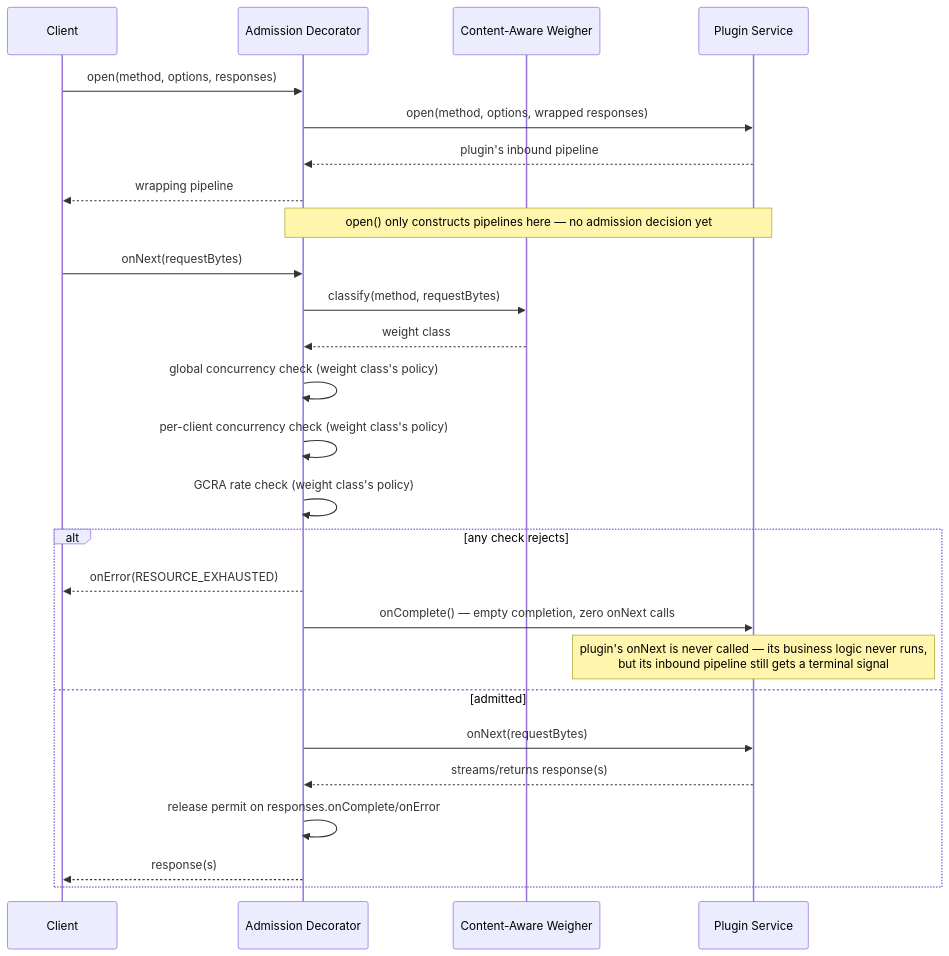
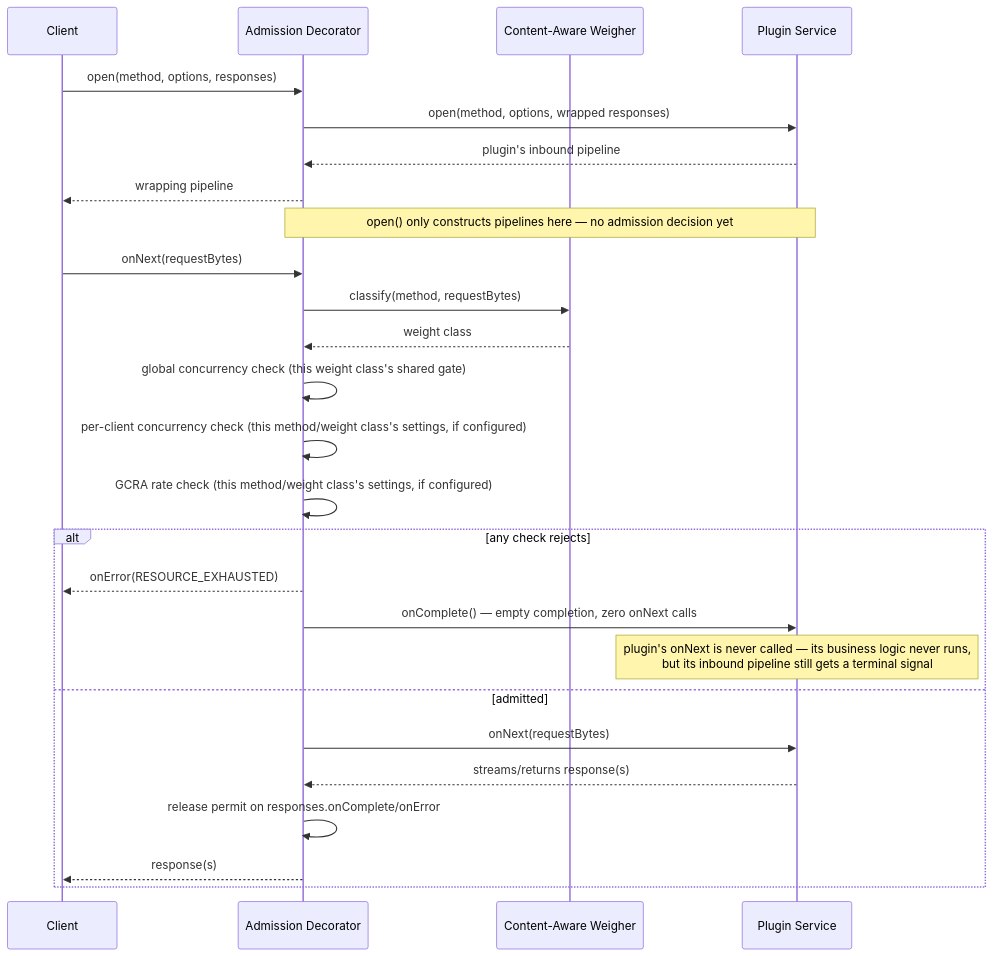
The second of 3 diagrams in docs/design/apis/api-throttling.md (hiero-ledger/hiero-block-node), drawn with Mermaid before and after one commit. The commit also changed other lines of this file, not shown here.

````diff
--- a/docs/design/apis/api-throttling.md
+++ b/docs/design/apis/api-throttling.md
@@ -442,30 +492,30 @@
 ```mermaid
 sequenceDiagram
     participant C as Client
     participant D as Admission Decorator
     participant W as Content-Aware Weigher
     participant P as Plugin Service
 
     C->>D: open(method, options, responses)
     D->>P: open(method, options, wrapped responses)
     P-->>D: plugin's inbound pipeline
     D-->>C: wrapping pipeline
     Note over D,P: open() only constructs pipelines here — no admission decision yet
 
     C->>D: onNext(requestBytes)
     D->>W: classify(method, requestBytes)
     W-->>D: weight class
-    D->>D: global concurrency check (weight class's policy)
-    D->>D: per-client concurrency check (weight class's policy)
-    D->>D: GCRA rate check (weight class's policy)
+    D->>D: global concurrency check (this weight class's shared gate)
+    D->>D: per-client concurrency check (this method/weight class's settings, if configured)
+    D->>D: GCRA rate check (this method/weight class's settings, if configured)
     alt any check rejects
         D-->>C: onError(RESOURCE_EXHAUSTED)
         D->>P: onComplete() — empty completion, zero onNext calls
         Note over P: plugin's onNext is never called — its business logic never runs,<br/>but its inbound pipeline still gets a terminal signal
     else admitted
         D->>P: onNext(requestBytes)
         P-->>D: streams/returns response(s)
         D->>D: release permit on responses.onComplete/onError
         D-->>C: response(s)
     end
 ```
````
